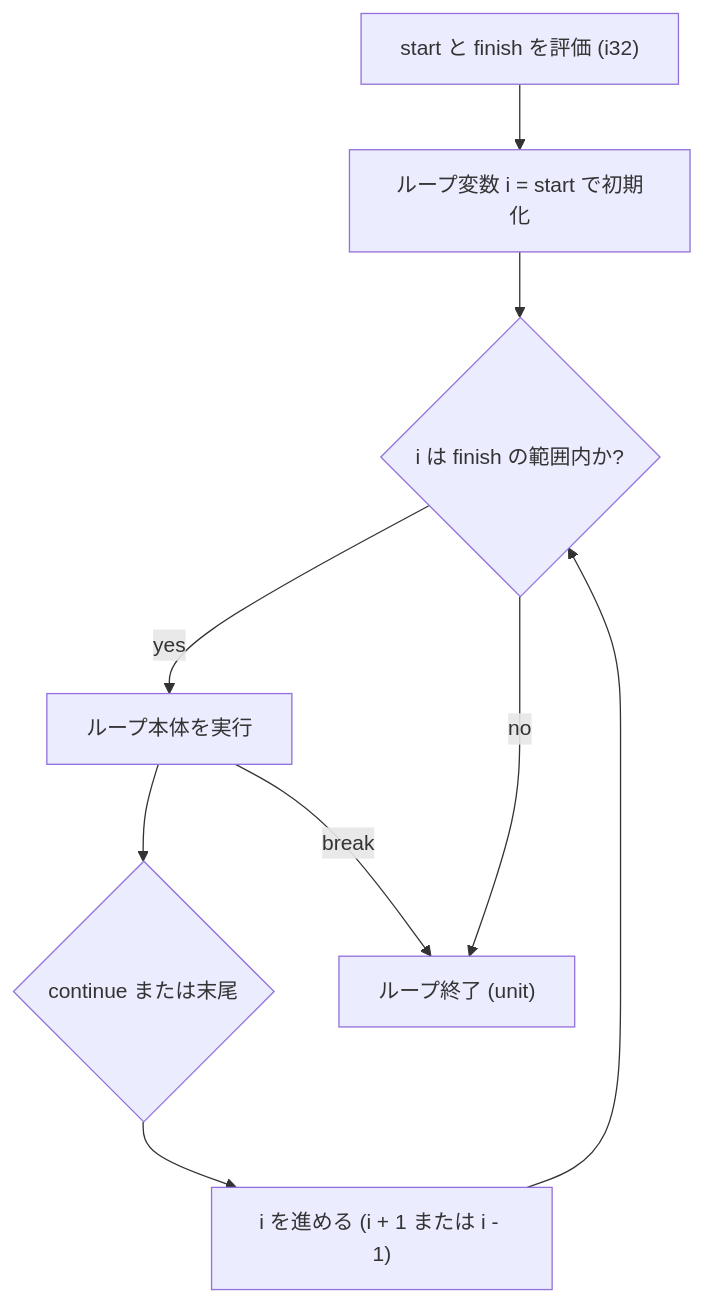
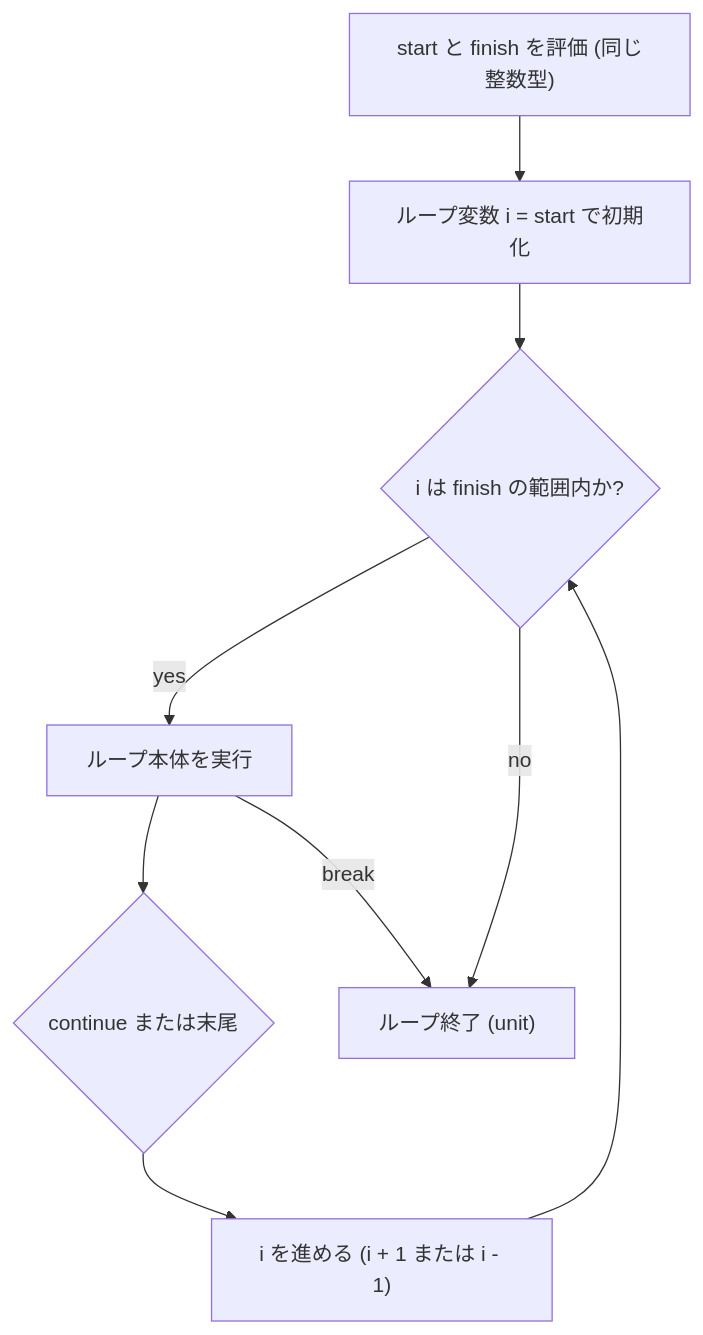
One commit to tatsuya-midorikawa/Tsuzuri changed the diagram in _tsuzuri/language-reference/loops-and-conditionals/for-to.md. Above: the diagram before and after it, drawn with Mermaid. The commit also changed other lines of this file and 6 other files, not shown here.

````diff
--- a/_tsuzuri/language-reference/loops-and-conditionals/for-to.md
+++ b/_tsuzuri/language-reference/loops-and-conditionals/for-to.md
@@ -41,11 +64,11 @@
 ```mermaid
 flowchart TD
-    eval["start と finish を評価 (i32)"] --> init["ループ変数 i = start で初期化"]
+    eval["start と finish を評価 (同じ整数型)"] --> init["ループ変数 i = start で初期化"]
     init --> check{"i は finish の範囲内か?"}
     check -- yes --> body["ループ本体を実行"]
     body --> continueNode{"continue または末尾"}
     continueNode --> step["i を進める (i + 1 または i - 1)"]
     step --> check
     body -- break --> finishNode["ループ終了 (unit)"]
     check -- no --> finishNode
 ```
````
